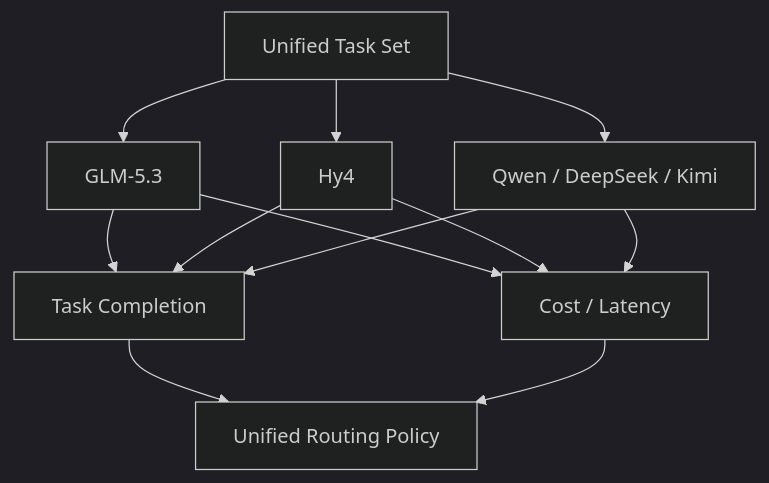
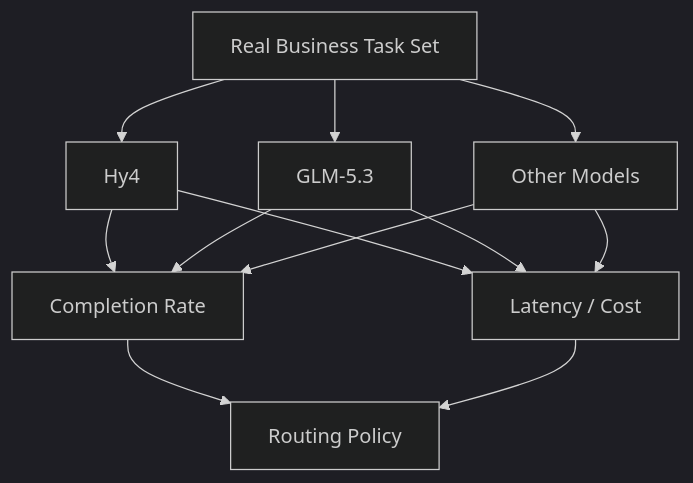
Before and after one commit to wlf186/ai-daily-headlines: diagram 14 of 20 in 260829.md, drawn with Mermaid (dark theme). The commit also changed other lines of this file, not shown here.

````diff
--- a/260829.md
+++ b/260829.md
@@ -731,14 +654,14 @@
 ```mermaid
 flowchart TD
-    HE1[Unified Task Set] --> HE2[GLM-5.3]
-    HE1 --> HE3[Hy4]
-    HE1 --> HE4[Qwen / DeepSeek / Kimi]
-    HE2 --> HE5[Task Completion]
+    HE1[Real Business Task Set] --> HE2[Hy4]
+    HE1 --> HE3[GLM-5.3]
+    HE1 --> HE4[Other Models]
+    HE2 --> HE5[Completion Rate]
     HE3 --> HE5
     HE4 --> HE5
-    HE2 --> HE6[Cost / Latency]
+    HE2 --> HE6[Latency / Cost]
     HE3 --> HE6
     HE4 --> HE6
-    HE5 --> HE7[Unified Routing Policy]
+    HE5 --> HE7[Routing Policy]
     HE6 --> HE7
 ```
````
